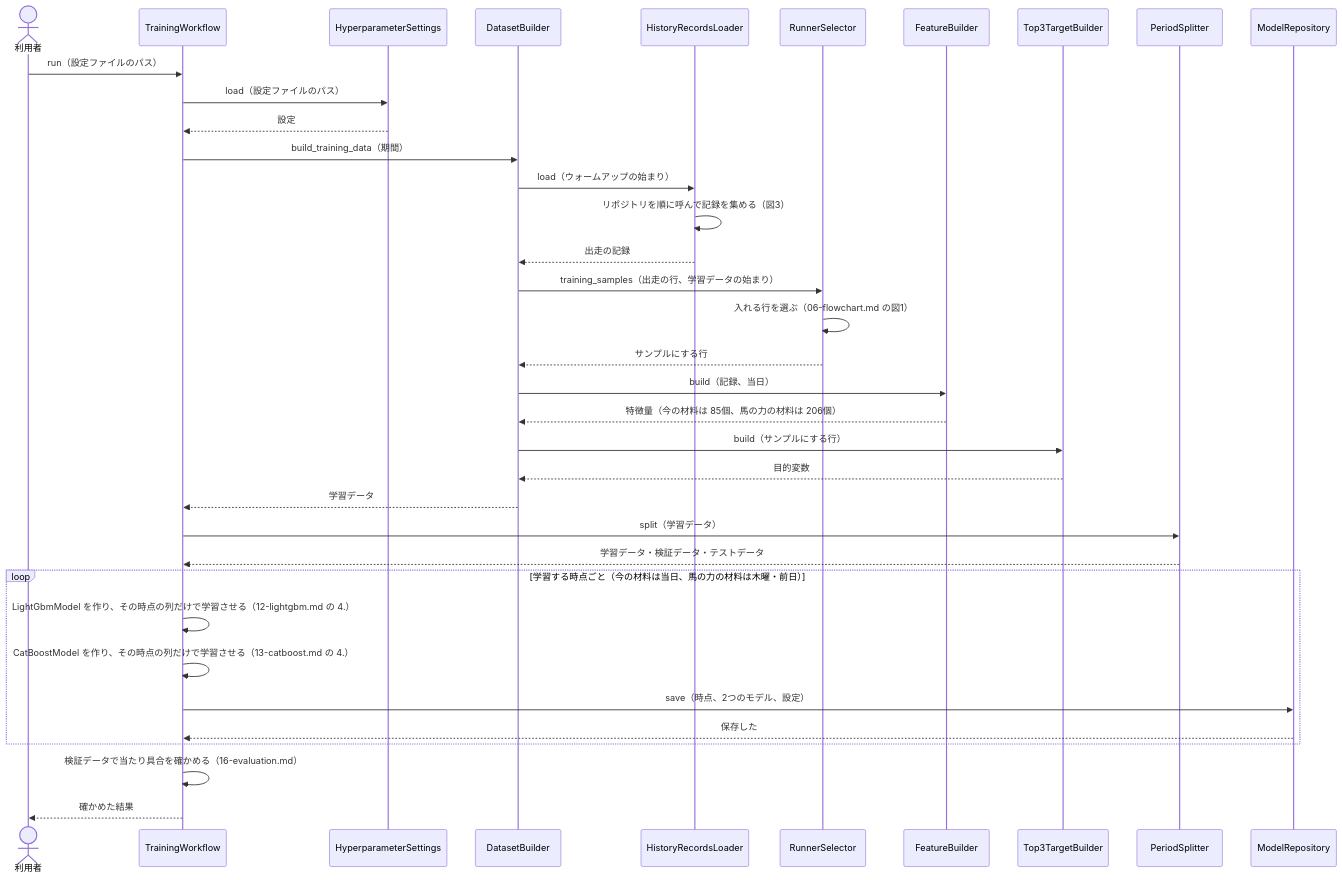
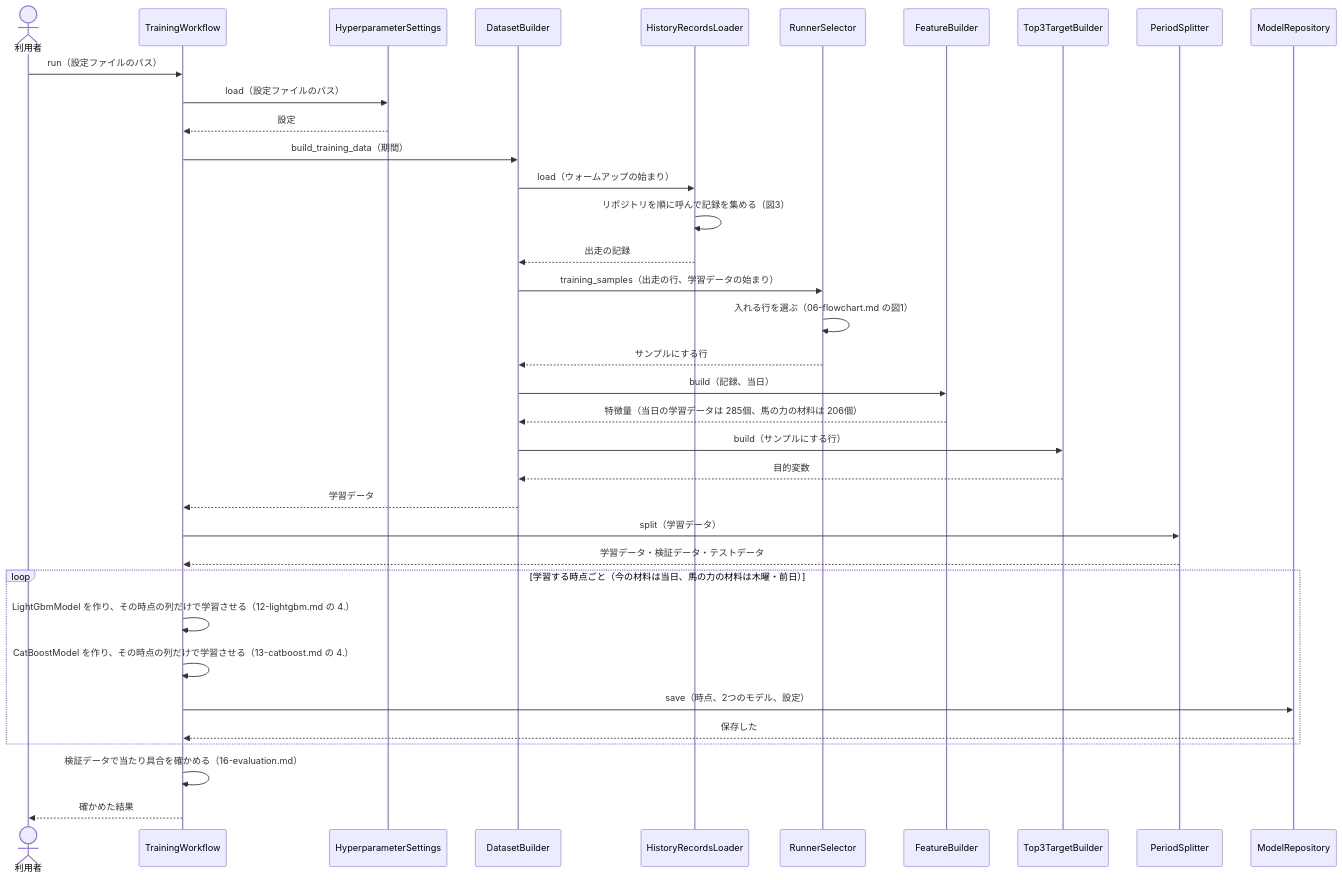
The first of 4 diagrams in docs/design/近走と適性から3着以内を予想/05-sequence.md (ht-0328/keiba-yosou), drawn with Mermaid before and after one commit. The commit also changed other lines of this file and 9 other files, not shown here.

````diff
--- a/docs/design/近走と適性から3着以内を予想/05-sequence.md
+++ b/docs/design/近走と適性から3着以内を予想/05-sequence.md
@@ -40,38 +40,38 @@
 ```mermaid
 sequenceDiagram
     actor U as 利用者
     participant W as TrainingWorkflow
     participant H as HyperparameterSettings
     participant D as DatasetBuilder
     participant L as HistoryRecordsLoader
     participant RS as RunnerSelector
     participant F as FeatureBuilder
     participant T as Top3TargetBuilder
     participant S as PeriodSplitter
     participant MR as ModelRepository
     U->>W: run（設定ファイルのパス）
     W->>H: load（設定ファイルのパス）
     H-->>W: 設定
     W->>D: build_training_data（期間）
     D->>L: load（ウォームアップの始まり）
     L->>L: リポジトリを順に呼んで記録を集める（図3）
     L-->>D: 出走の記録
     D->>RS: training_samples（出走の行、学習データの始まり）
     RS->>RS: 入れる行を選ぶ（06-flowchart.md の図1）
     RS-->>D: サンプルにする行
     D->>F: build（記録、当日）
-    F-->>D: 特徴量（今の材料は 85個、馬の力の材料は 206個）
+    F-->>D: 特徴量（当日の学習データは 285個、馬の力の材料は 206個）
     D->>T: build（サンプルにする行）
     T-->>D: 目的変数
     D-->>W: 学習データ
     W->>S: split（学習データ）
     S-->>W: 学習データ・検証データ・テストデータ
     loop 学習する時点ごと（今の材料は当日、馬の力の材料は木曜・前日）
         W->>W: LightGbmModel を作り、その時点の列だけで学習させる（12-lightgbm.md の 4.）
         W->>W: CatBoostModel を作り、その時点の列だけで学習させる（13-catboost.md の 4.）
         W->>MR: save（時点、2つのモデル、設定）
         MR-->>W: 保存した
     end
     W->>W: 検証データで当たり具合を確かめる（16-evaluation.md）
     W-->>U: 確かめた結果
 ```
````
